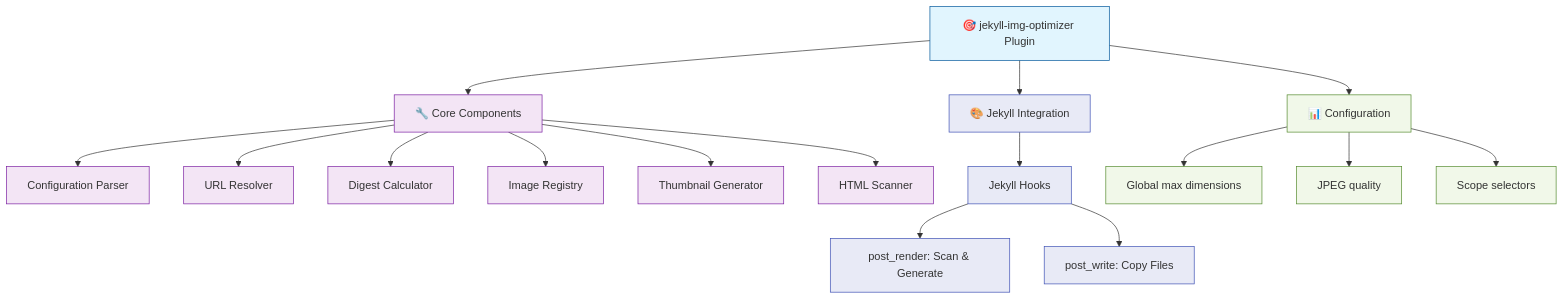
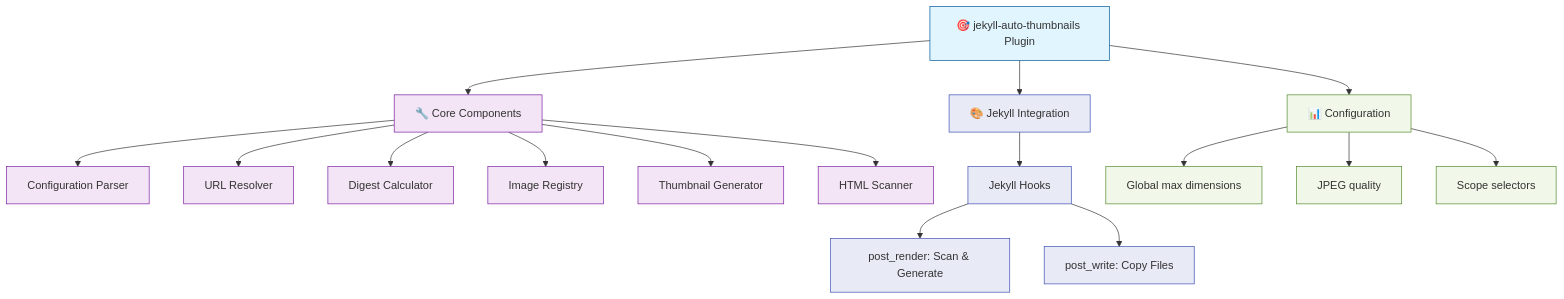
Before and after one commit to Texarkanine/jekyll-auto-thumbnails: the diagram in planning/IMPLEMENTATION_TASKS.md, drawn with Mermaid. The commit also changed other lines of this file and 21 other files, not shown here.

Commit message:
fix: rename to jekyll-auto-thumbnails

````diff
--- a/planning/IMPLEMENTATION_TASKS.md
+++ b/planning/IMPLEMENTATION_TASKS.md
@@ -7,33 +7,33 @@
 ```mermaid
 graph TD
-    A["🎯 jekyll-img-optimizer Plugin"] --> B["🔧 Core Components"]
+    A["🎯 jekyll-auto-thumbnails Plugin"] --> B["🔧 Core Components"]
     A --> C["🎨 Jekyll Integration"]
     A --> D["📊 Configuration"]
     
     B --> B1["Configuration Parser"]
     B --> B2["URL Resolver"]
     B --> B3["Digest Calculator"]
     B --> B4["Image Registry"]
     B --> B5["Thumbnail Generator"]
     B --> B6["HTML Scanner"]
     
     C --> C1["Jekyll Hooks"]
     C2["post_render: Scan & Generate"]
     C3["post_write: Copy Files"]
     C1 --> C2
     C1 --> C3
     
     D --> D1["Global max dimensions"]
     D --> D2["JPEG quality"]
     D --> D3["Scope selectors"]
     
     classDef goal fill:#e1f5fe,stroke:#01579b;
     classDef tech fill:#f3e5f5,stroke:#7b1fa2;
     classDef ux fill:#e8eaf6,stroke:#3f51b5;
     classDef dataflow fill:#f1f8e9,stroke:#558b2f;
     
     class A goal;
     class B,B1,B2,B3,B4,B5,B6 tech;
     class C,C1,C2,C3 ux;
     class D,D1,D2,D3 dataflow;
 ```
````
